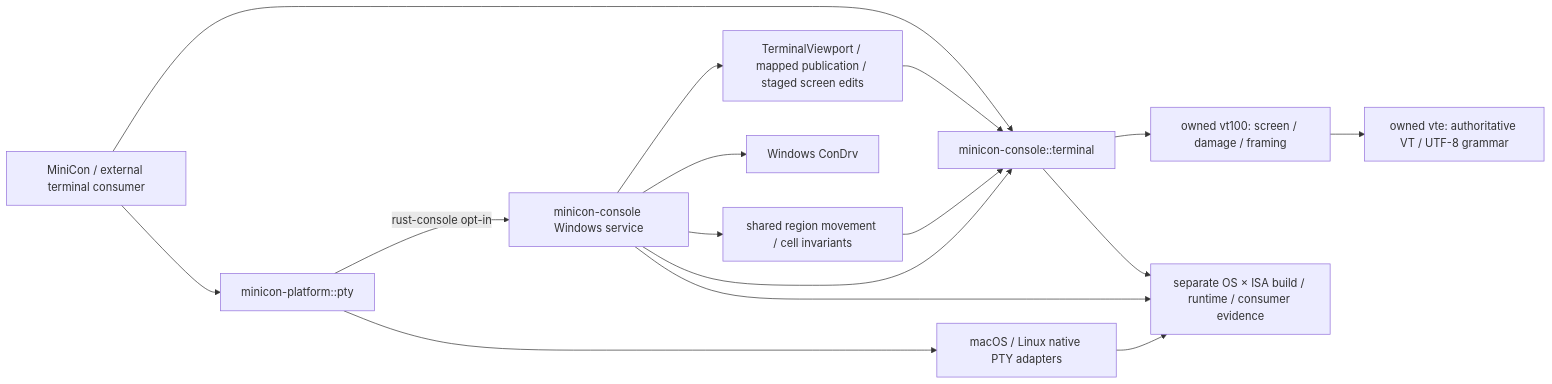
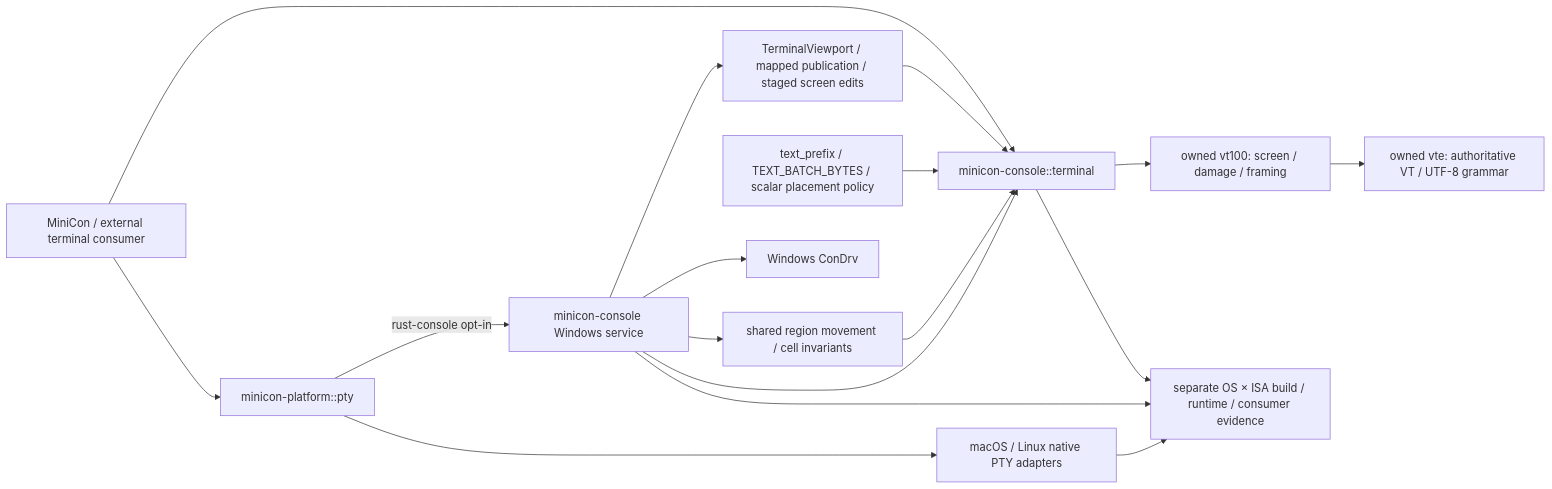
The diagram in prd/PRD_02_35_terminal_library.md (partnernetsoftware/minicon), drawn with Mermaid before and after one commit. The commit also changed other lines of this file and 14 other files, not shown here.

````diff
--- a/prd/PRD_02_35_terminal_library.md
+++ b/prd/PRD_02_35_terminal_library.md
@@ -49,16 +50,17 @@
 ```mermaid
 flowchart LR
     APP["MiniCon / external terminal consumer"] --> COMMON["minicon-console::terminal"]
     COMMON --> VT["owned vt100: screen / damage / framing"]
     VT --> VTE["owned vte: authoritative VT / UTF-8 grammar"]
     APP --> PLATFORM["minicon-platform::pty"]
     PLATFORM -->|"rust-console opt-in"| WIN["minicon-console Windows service"]
     VP["TerminalViewport / mapped publication / staged screen edits"] --> COMMON
+    TEXT["text_prefix / TEXT_BATCH_BYTES / scalar placement policy"] --> COMMON
     WIN --> VP
     MOVE["shared region movement / cell invariants"] --> COMMON
     WIN --> MOVE
     WIN --> COMMON
     WIN --> KERNEL["Windows ConDrv"]
     PLATFORM --> POSIX["macOS / Linux native PTY adapters"]
     COMMON & WIN & POSIX --> E["separate OS × ISA build / runtime / consumer evidence"]
 ```
````
